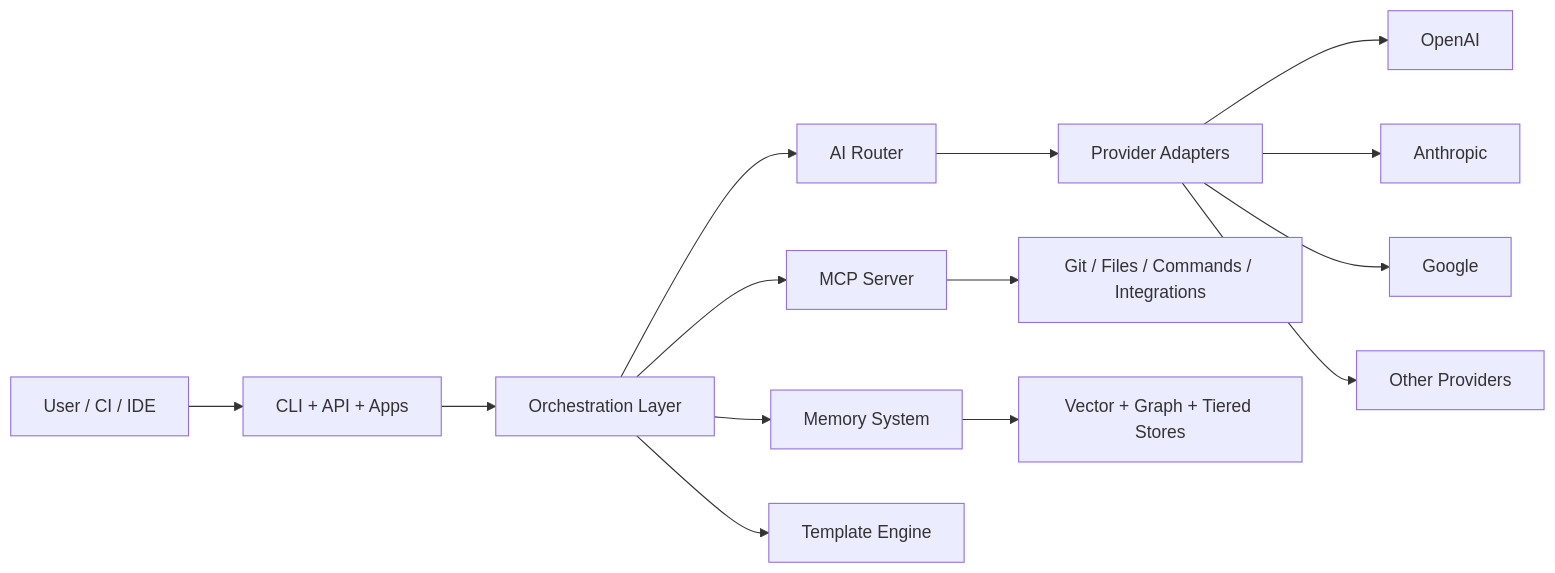
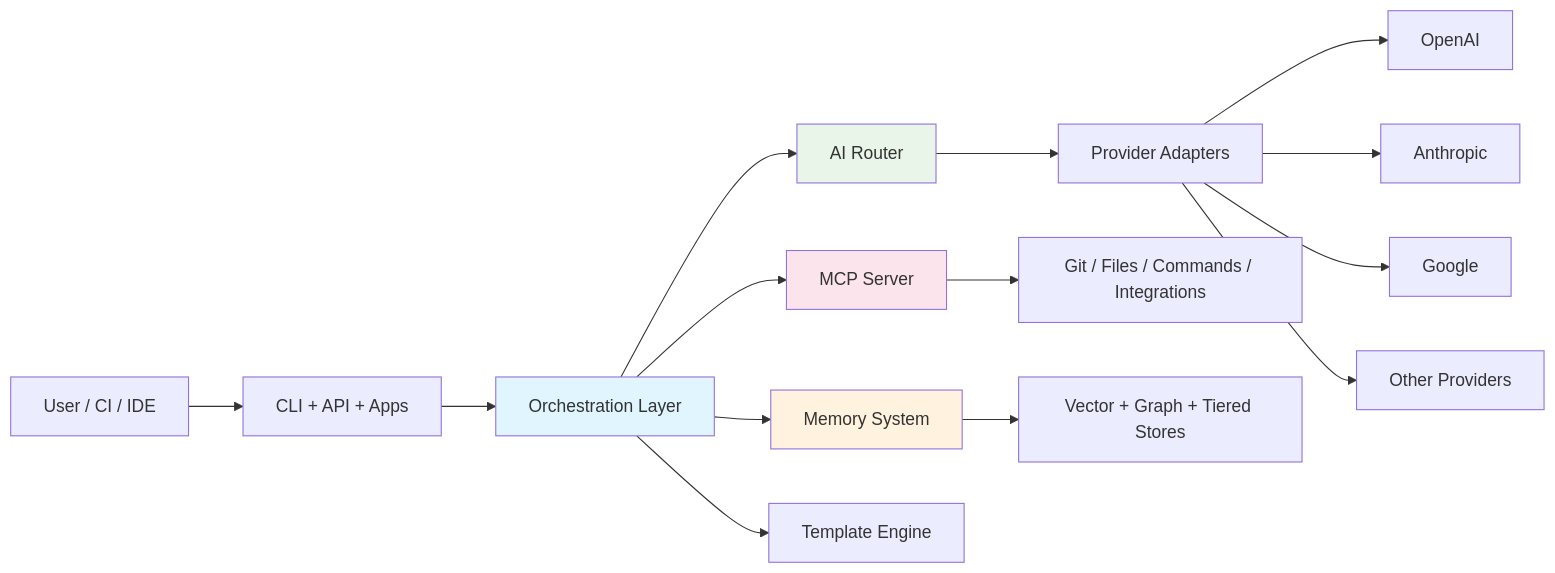
The diagram in README.md (Srujan0798/Ultra-Dex), drawn with Mermaid before and after one commit. The commit also changed other lines of this file and 667 other files, not shown here.

````diff
--- a/README.md
+++ b/README.md
@@ -71,19 +75,24 @@
 ```mermaid
 flowchart LR
   U[User / CI / IDE] --> CLI[CLI + API + Apps]
 
   CLI --> ORCH[Orchestration Layer]
   ORCH --> ROUTER[AI Router]
   ORCH --> MEMORY[Memory System]
   ORCH --> MCP[MCP Server]
   ORCH --> TEMPLATES[Template Engine]
 
   ROUTER --> PROVIDERS[Provider Adapters]
   PROVIDERS --> OPENAI[OpenAI]
   PROVIDERS --> ANTHROPIC[Anthropic]
   PROVIDERS --> GOOGLE[Google]
   PROVIDERS --> OTHERS[Other Providers]
 
   MCP --> TOOLS[Git / Files / Commands / Integrations]
   MEMORY --> STORES[Vector + Graph + Tiered Stores]
+  
+  style ORCH fill:#e1f5fe
+  style ROUTER fill:#e8f5e8
+  style MEMORY fill:#fff3e0
+  style MCP fill:#fce4ec
 ```
````
